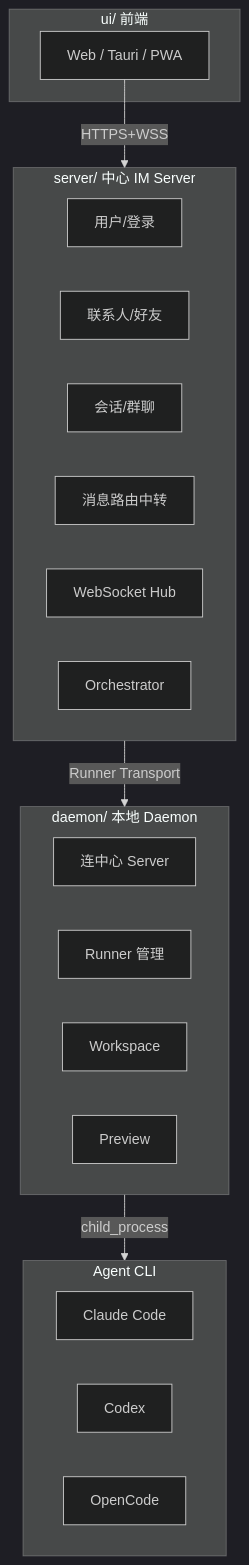
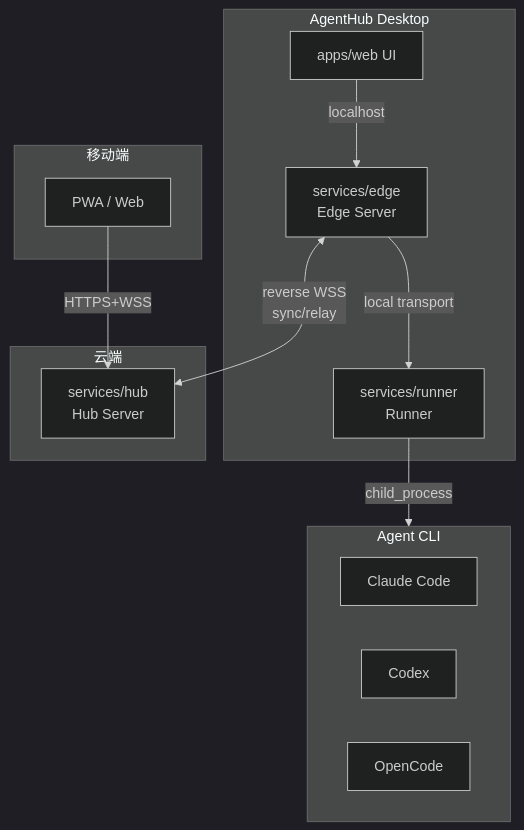
Before and after one commit to TokenDanceLab/AgentHub: the first of 10 diagrams in docs/architecture.md, drawn with Mermaid (dark theme). The commit also changed other lines of this file and 62 other files, not shown here.

Commit message:
refactor: 重构为 Hub-Edge-Runner 工程化 monorepo

````diff
--- a/docs/architecture.md
+++ b/docs/architecture.md
@@ -27,32 +5,28 @@
 ```mermaid
 graph TB
-    subgraph UI["ui/ 前端"]
-        Web["Web / Tauri / PWA"]
+    subgraph Desktop["AgentHub Desktop"]
+        UI["apps/web UI"]
+        Edge["services/edge<br/>Edge Server"]
+        R["services/runner<br/>Runner"]
     end
 
-    subgraph Server["server/ 中心 IM Server"]
-        User["用户/登录"]
-        Contact["联系人/好友"]
-        Conv["会话/群聊"]
-        Msg["消息路由中转"]
-        WS["WebSocket Hub"]
-        Orch["Orchestrator"]
+    subgraph Cloud["云端"]
+        Hub["services/hub<br/>Hub Server"]
     end
 
-    subgraph Daemon["daemon/ 本地 Daemon"]
-        Connect["连中心 Server"]
-        RunnerMgr["Runner 管理"]
-        WS2["Workspace"]
-        Preview["Preview"]
+    subgraph Mobile["移动端"]
+        MUI["PWA / Web"]
     end
 
-    subgraph Agent["Agent CLI"]
+    subgraph Agents["Agent CLI"]
         CC["Claude Code"]
         CX["Codex"]
         OC["OpenCode"]
     end
 
-    Web -->|"HTTPS+WSS"| Server
-    Server -->|"Runner Transport"| Daemon
-    Daemon -->|"child_process"| Agent
+    UI -->|"localhost"| Edge
+    Edge -->|"local transport"| R
+    R -->|"child_process"| Agents
+    Edge <-->|"reverse WSS<br/>sync/relay"| Hub
+    MUI -->|"HTTPS+WSS"| Hub
 ```
````
